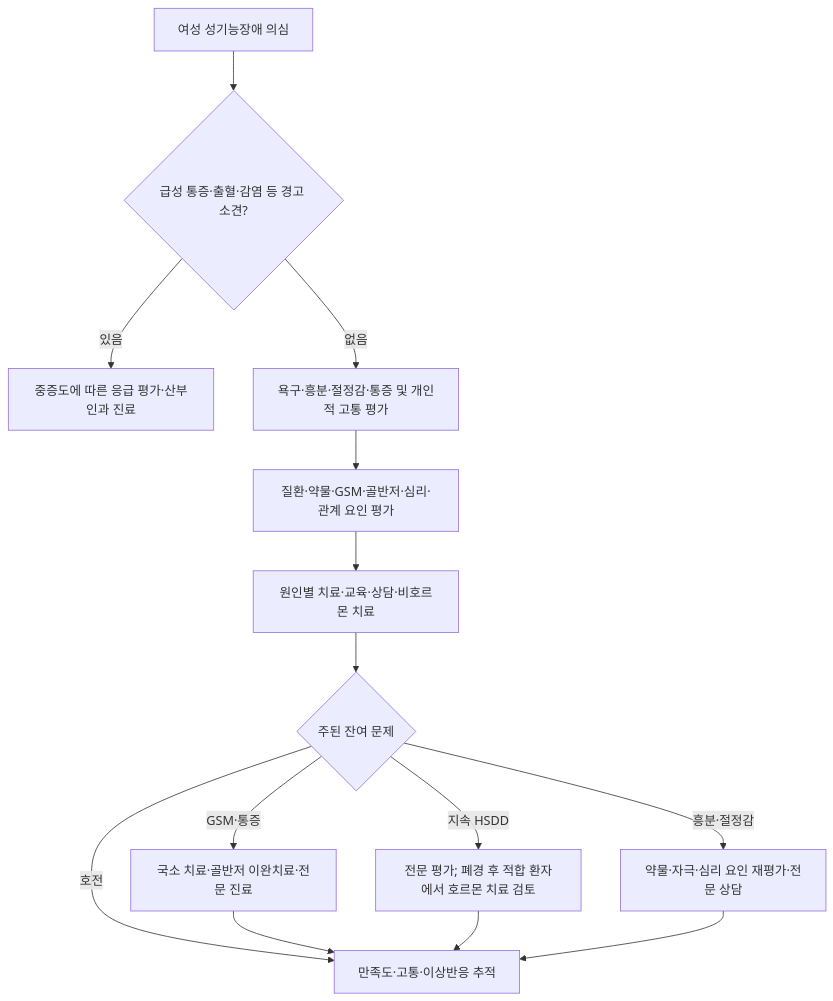
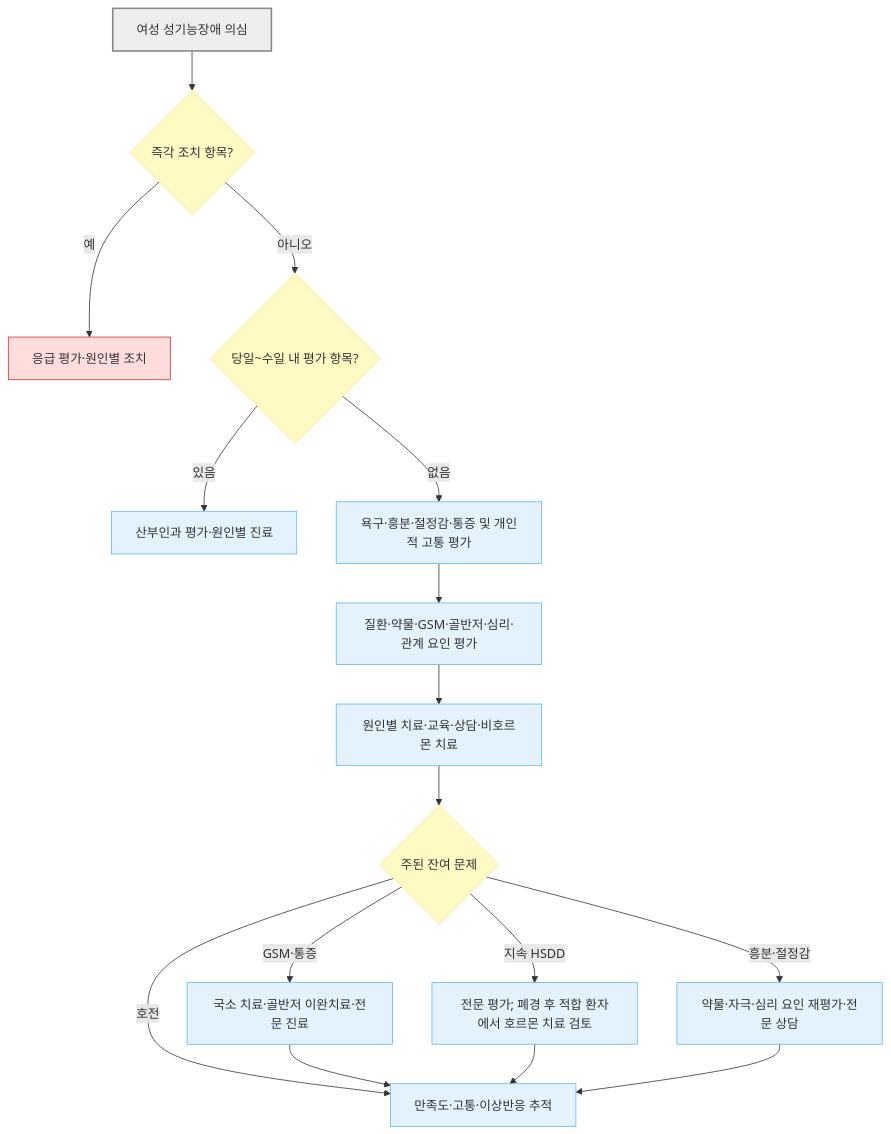
The third of 3 diagrams in 227_/132_-sexual-dysfunction.md (familyoh77/familyoh77), drawn with Mermaid before and after one commit. The commit also changed other lines of this file and 10 other files, not shown here.

````diff
--- a/227_/132_-sexual-dysfunction.md
+++ b/227_/132_-sexual-dysfunction.md
@@ -596,16 +634,26 @@
 ```mermaid
 flowchart TD
-    A["여성 성기능장애 의심"] --> B{"급성 통증·출혈·감염 등 경고 소견?"}
-    B -->|있음| C["중증도에 따른 응급 평가·산부인과 진료"]
-    B -->|없음| D["욕구·흥분·절정감·통증 및 개인적 고통 평가"]
+    A["여성 성기능장애 의심"] --> RF{"즉각 조치 항목?"}
+    RF -- "예" --> ER["응급 평가·원인별 조치"]
+    RF -- "아니오" --> B{"당일~수일 내 평가 항목?"}
+    B -- "있음" --> C["산부인과 평가·원인별 진료"]
+    B -- "없음" --> D["욕구·흥분·절정감·통증 및 개인적 고통 평가"]
     D --> E["질환·약물·GSM·골반저·심리·관계 요인 평가"]
     E --> F["원인별 치료·교육·상담·비호르몬 치료"]
     F --> G{"주된 잔여 문제"}
-    G -->|GSM·통증| H["국소 치료·골반저 이완치료·전문 진료"]
-    G -->|지속 HSDD| I["전문 평가; 폐경 후 적합 환자에서 호르몬 치료 검토"]
-    G -->|호전| J["만족도·고통·이상반응 추적"]
-    G -->|흥분·절정감| K["약물·자극·심리 요인 재평가·전문 상담"]
+    G -- "GSM·통증" --> H["국소 치료·골반저 이완치료·전문 진료"]
+    G -- "지속 HSDD" --> I["전문 평가; 폐경 후 적합 환자에서 호르몬 치료 검토"]
+    G -- "호전" --> J["만족도·고통·이상반응 추적"]
+    G -- "흥분·절정감" --> K["약물·자극·심리 요인 재평가·전문 상담"]
     H --> J
     I --> J
     K --> J
+    classDef start fill:#eeeeee,stroke:#888888,stroke-width:2px
+    classDef question fill:#fff9c4,stroke:#ffe082
+    classDef emergency fill:#ffdddd,stroke:#d32f2f
+    classDef care fill:#e3f2fd,stroke:#64b5f6
+    class A start
+    class B,G,RF question
+    class ER emergency
+    class C,D,E,F,H,I,J,K care
 ```
````
